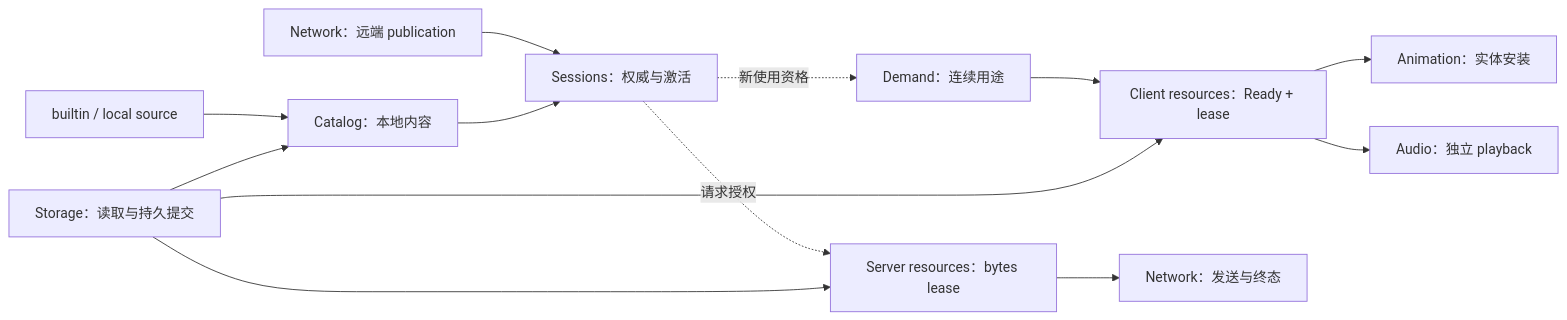
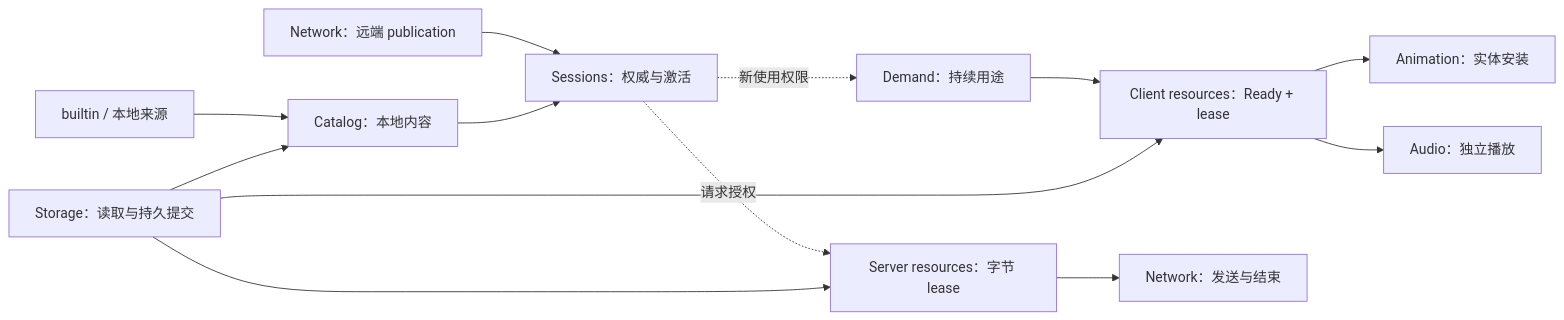
Before and after one commit to YesSteveModel/YesSteveModel: the diagram in docs/architecture/model-management/overview.md, drawn with Mermaid. The commit also changed other lines of this file and 1109 other files, not shown here.

````diff
--- a/docs/architecture/model-management/overview.md
+++ b/docs/architecture/model-management/overview.md
@@ -38,15 +38,15 @@
 ```mermaid
 flowchart LR
-    Source["builtin / local source"] --> Catalog["Catalog：本地内容"]
+    Source["builtin / 本地来源"] --> Catalog["Catalog：本地内容"]
     Wire["Network：远端 publication"] --> Session["Sessions：权威与激活"]
     Catalog --> Session
-    Session -. "新使用资格" .-> Demand["Demand：连续用途"]
+    Session -. "新使用权限" .-> Demand["Demand：持续用途"]
     Demand --> Client["Client resources：Ready + lease"]
     Client --> Entity["Animation：实体安装"]
-    Client --> Audio["Audio：独立 playback"]
-    Session -. "请求授权" .-> Server["Server resources：bytes lease"]
-    Server --> Transfer["Network：发送与终态"]
+    Client --> Audio["Audio：独立播放"]
+    Session -. "请求授权" .-> Server["Server resources：字节 lease"]
+    Server --> Transfer["Network：发送与结束"]
     Store["Storage：读取与持久提交"] --> Catalog
     Store --> Client
     Store --> Server
 ```
````
